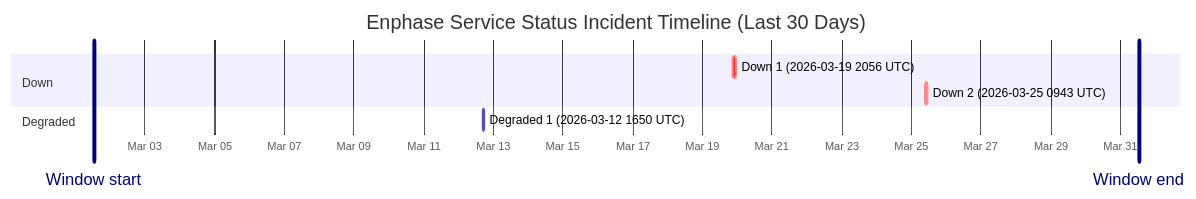
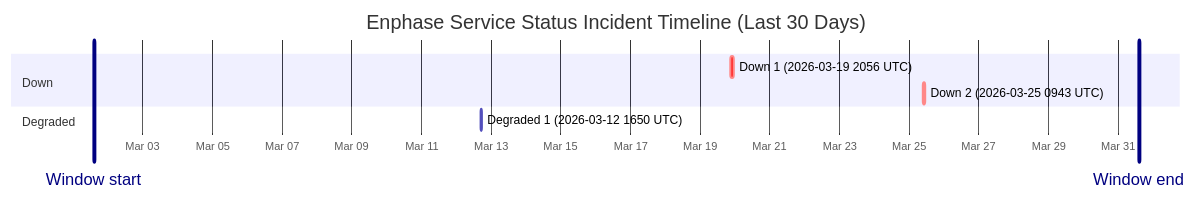
One commit to barneyonline/ha-enphase-ev-charger changed the diagram in wiki/Service-Status-History.md. Above: the diagram before and after it, drawn with Mermaid. The commit also changed other lines of this file and 3 other files, not shown here.

````diff
--- a/wiki/Service-Status-History.md
+++ b/wiki/Service-Status-History.md
@@ -14,13 +14,13 @@
 ```mermaid
 gantt
     title Enphase Service Status Incident Timeline (Last 30 Days)
     dateFormat  YYYY-MM-DDTHH:mm:ss
     axisFormat  %b %d
-    Window start :vert, window-start, 2026-03-01T12:55:15, 0ms
-    Window end :vert, window-end, 2026-03-31T12:55:15, 0ms
+    Window start :vert, window-start, 2026-03-01T14:23:27, 0ms
+    Window end :vert, window-end, 2026-03-31T14:23:27, 0ms
     section Down
     Down 1 (2026-03-19 2056 UTC) :crit, down-1, 2026-03-19T20:56:20, 145m
     Down 2 (2026-03-25 0943 UTC) :crit, down-2, 2026-03-25T09:43:28, 111m
     section Degraded
     Degraded 1 (2026-03-12 1650 UTC) :active, degraded-1, 2026-03-12T16:50:43, 60m
 ```
````
